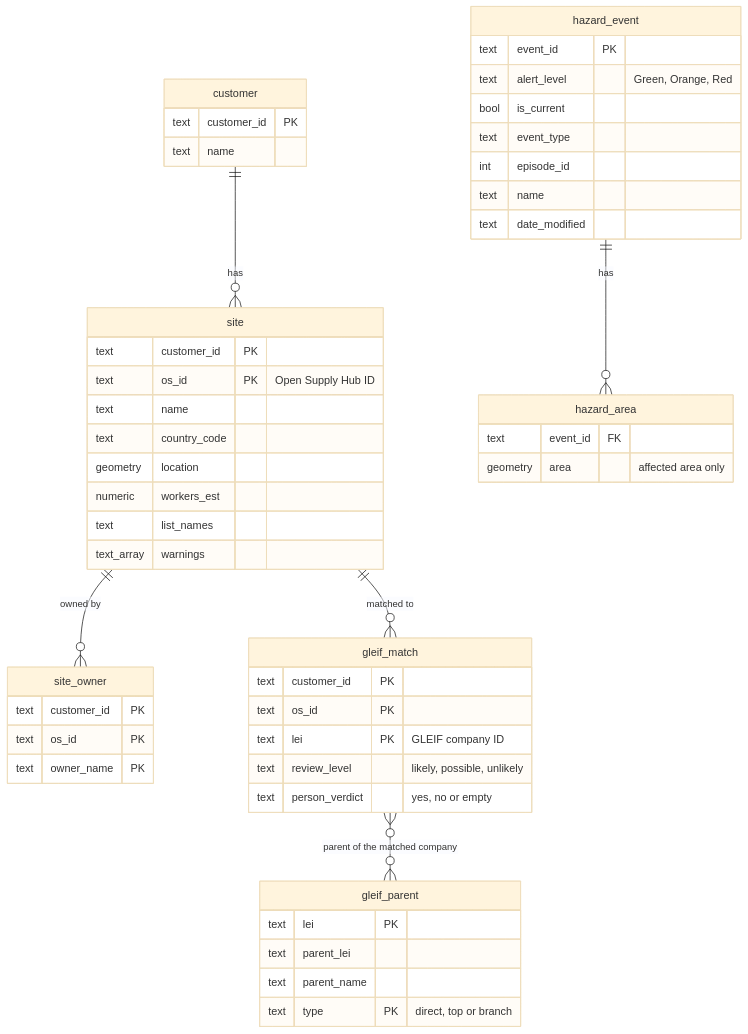
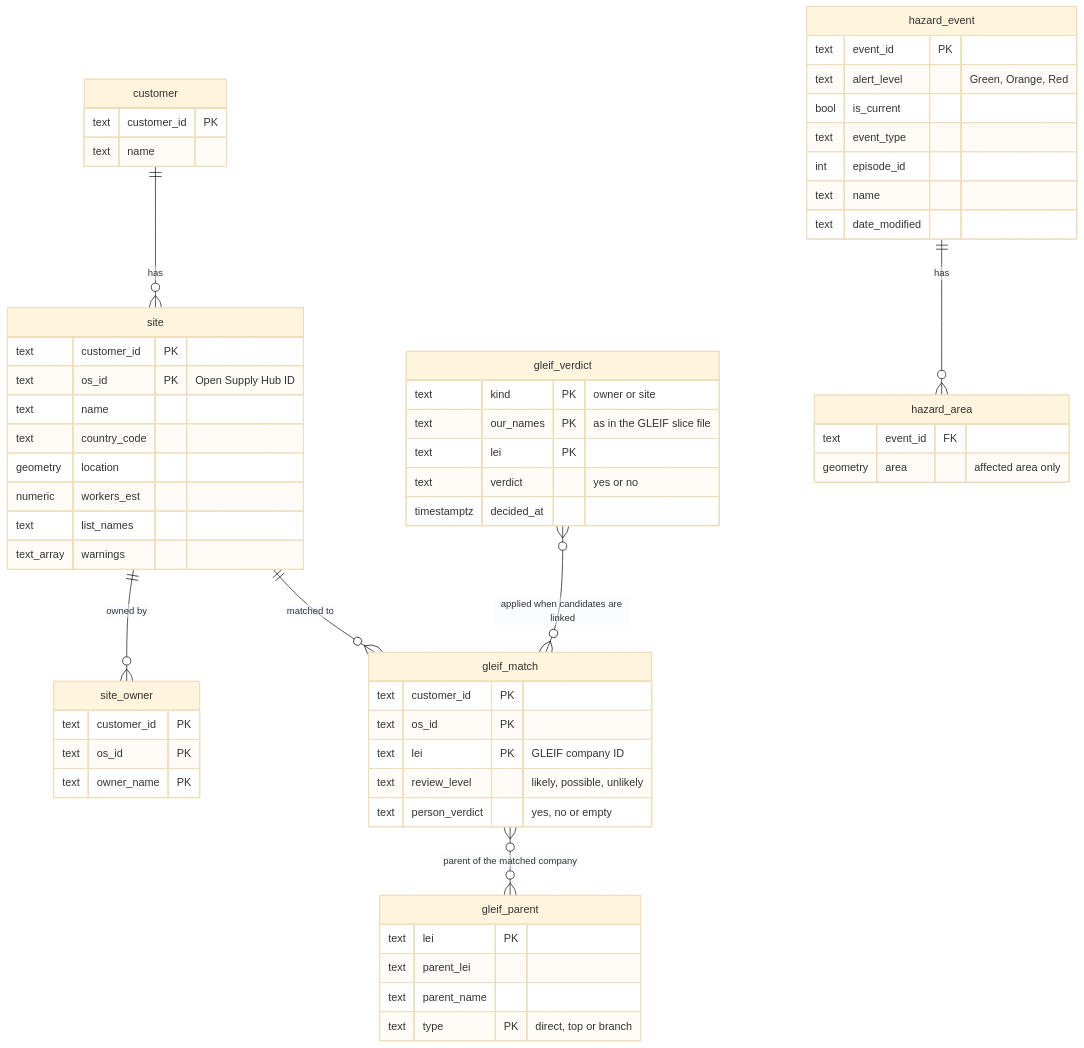
One commit to abhifourkites/geo-risk.ai changed the second of 4 diagrams in docs/architecture/ARCHITECTURE.md. Above: the diagram before and after it, drawn with Mermaid (base theme). The commit also changed other lines of this file and 4 other files, not shown here.

First line of the commit message:
MDM-3: Docs: the gleif_verdict table and the Company network page

````diff
--- a/docs/architecture/ARCHITECTURE.md
+++ b/docs/architecture/ARCHITECTURE.md
@@ -54,54 +54,62 @@
 ```mermaid
 erDiagram
   customer ||--o{ site : "has"
   site ||--o{ site_owner : "owned by"
   site ||--o{ gleif_match : "matched to"
   gleif_match }o--o{ gleif_parent : "parent of the matched company"
+  gleif_verdict }o--o{ gleif_match : "applied when candidates are linked"
   hazard_event ||--o{ hazard_area : "has"
 
   customer {
     text customer_id PK
     text name
   }
   site {
     text customer_id PK
     text os_id PK "Open Supply Hub ID"
     text name
     text country_code
     geometry location
     numeric workers_est
     text list_names
     text_array warnings
   }
   site_owner {
     text customer_id PK
     text os_id PK
     text owner_name PK
   }
   gleif_match {
     text customer_id PK
     text os_id PK
     text lei PK "GLEIF company ID"
     text review_level "likely, possible, unlikely"
     text person_verdict "yes, no or empty"
   }
+  gleif_verdict {
+    text kind PK "owner or site"
+    text our_names PK "as in the GLEIF slice file"
+    text lei PK
+    text verdict "yes or no"
+    timestamptz decided_at
+  }
   gleif_parent {
     text lei PK
     text parent_lei
     text parent_name
     text type PK "direct, top or branch"
   }
   hazard_event {
     text event_id PK
     text alert_level "Green, Orange, Red"
     bool is_current
     text event_type
     int episode_id
     text name
     text date_modified
   }
   hazard_area {
     text event_id FK
     geometry area "affected area only"
   }
 ```
````
